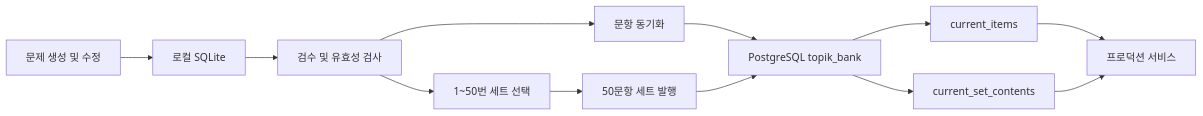
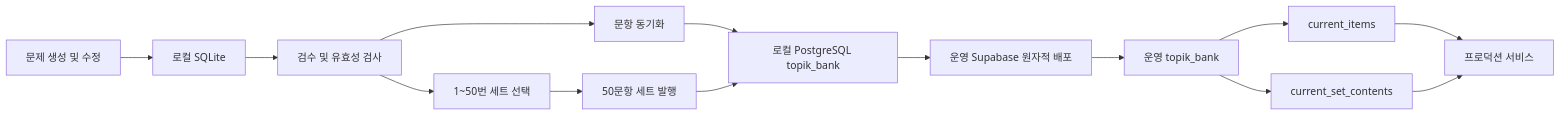
Before and after one commit to OverWindow/TOPIK_Question_Lab: the first of 2 diagrams in POSTGRESQL_QUESTION_BANK.md, drawn with Mermaid. The commit also changed other lines of this file and 36 other files, not shown here.

````diff
--- a/POSTGRESQL_QUESTION_BANK.md
+++ b/POSTGRESQL_QUESTION_BANK.md
@@ -75,14 +81,16 @@
 ```mermaid
 flowchart LR
     A["문제 생성 및 수정"] --> B["로컬 SQLite"]
     B --> C["검수 및 유효성 검사"]
     C --> D["문항 동기화"]
     C --> E["1~50번 세트 선택"]
-    D --> F["PostgreSQL topik_bank"]
+    D --> F["로컬 PostgreSQL topik_bank"]
     E --> G["50문항 세트 발행"]
     G --> F
-    F --> H["current_items"]
-    F --> I["current_set_contents"]
+    F --> K["운영 Supabase 원자적 배포"]
+    K --> L["운영 topik_bank"]
+    L --> H["current_items"]
+    L --> I["current_set_contents"]
     H --> J["프로덕션 서비스"]
     I --> J
 ```
````
